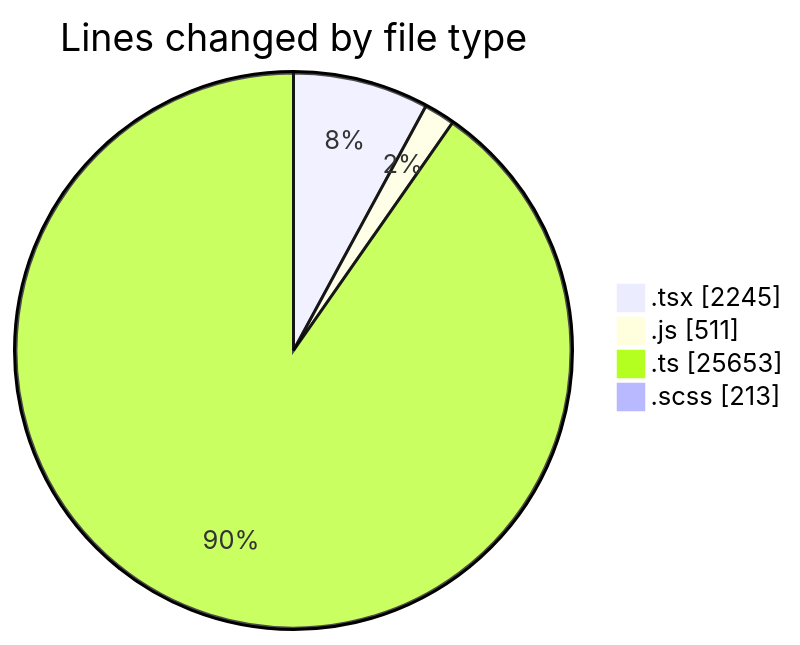
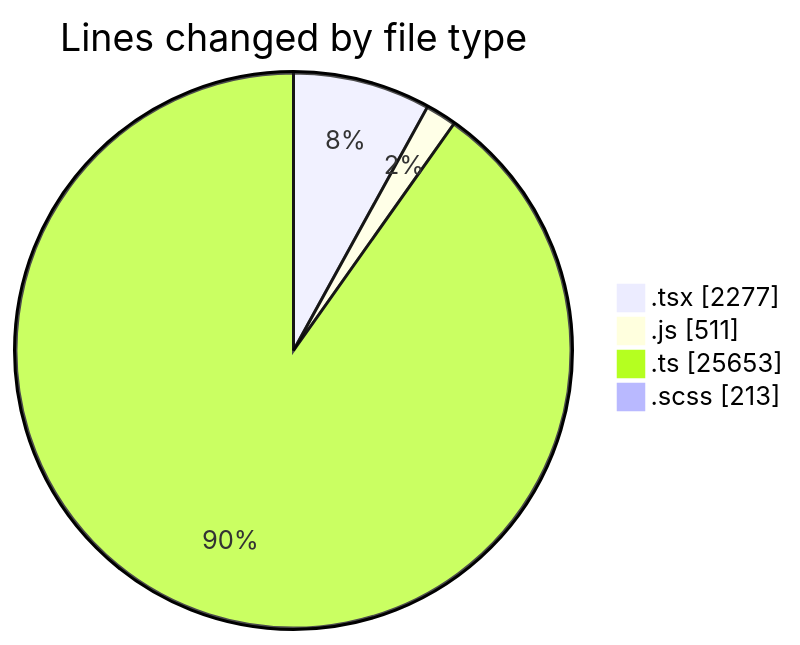
Before and after one commit to momahboobian/code-tracking: the first of 2 diagrams in 2025-06-30/cda/README.md, drawn with Mermaid. The commit also changed other lines of this file and 1 other file, not shown here.

````diff
--- a/2025-06-30/cda/README.md
+++ b/2025-06-30/cda/README.md
@@ -41,8 +41,8 @@
 ```mermaid
 pie showData
 title Lines changed by file type
-".tsx" : 2245
+".tsx" : 2277
 ".js" : 511
 ".ts" : 25653
 ".scss" : 213
 ```
````
